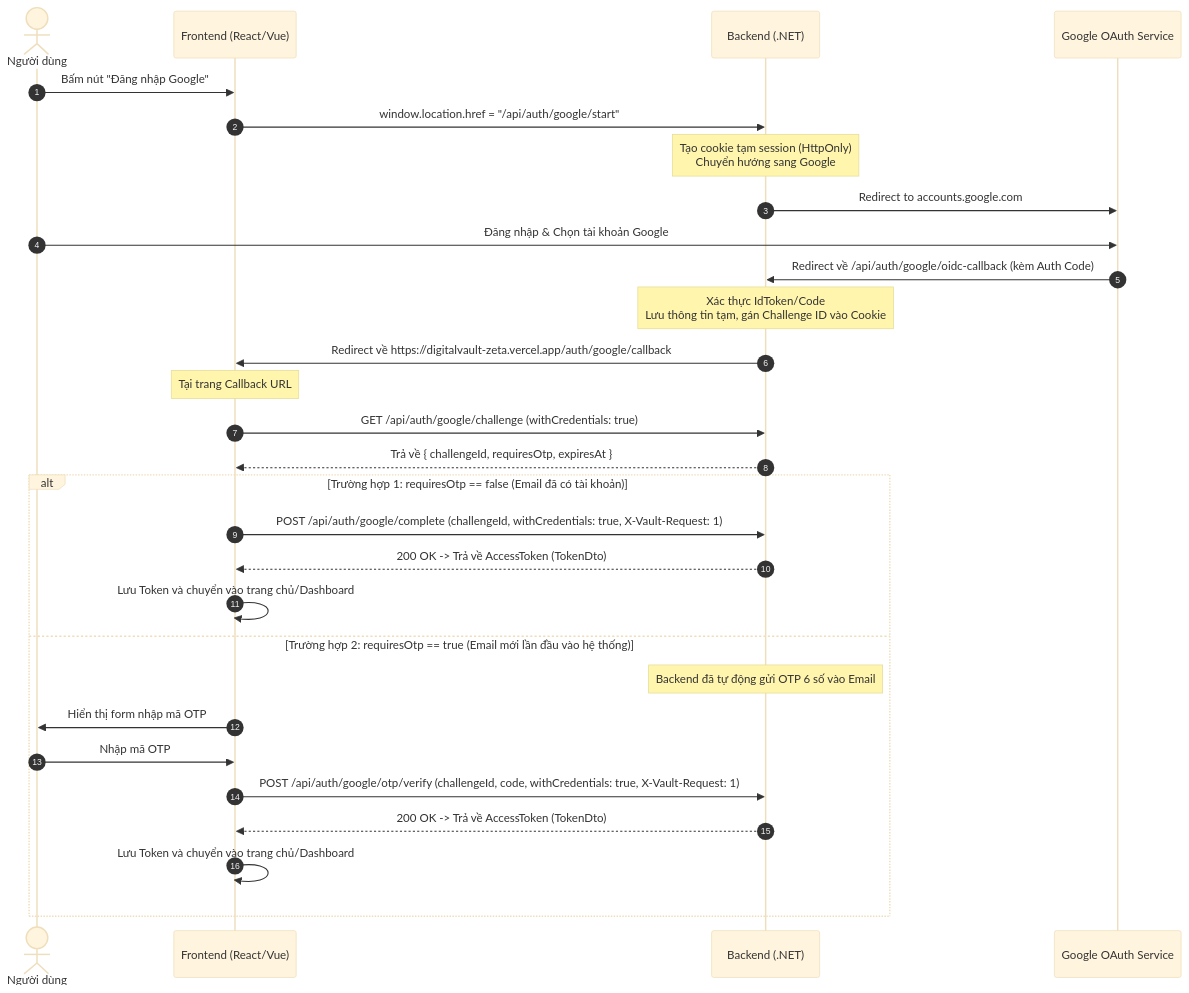
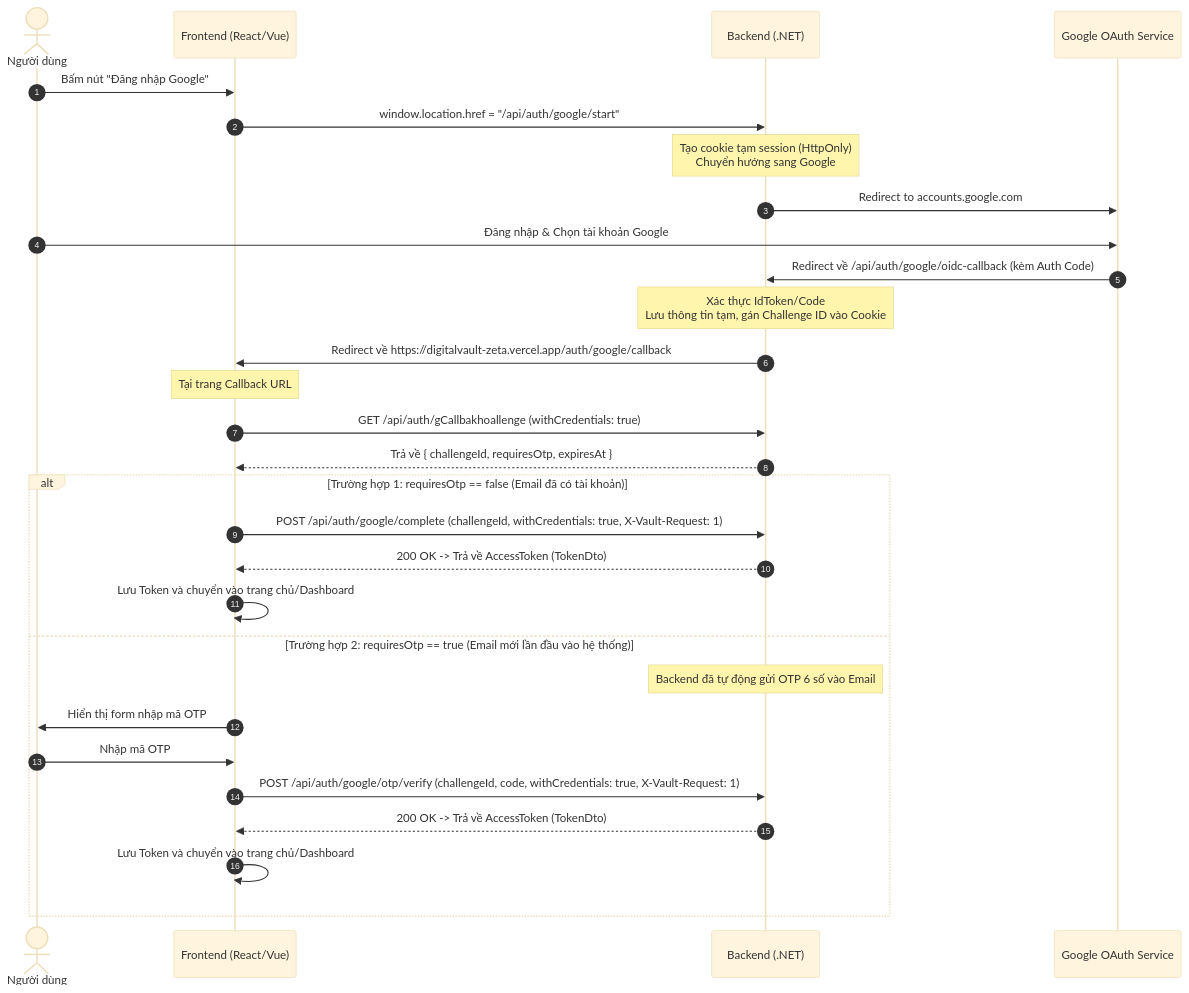
The diagram in docs/Huong-dan-Frontend-Google-Login.md (AnNguyenDinhGit/digital-vault-backend), drawn with Mermaid (base theme) before and after one commit. The commit also changed other lines of this file and 1 other file, not shown here.

Commit message:
chore(google-auth): restore original LegacyVault Google OAuth ClientId

````diff
--- a/docs/Huong-dan-Frontend-Google-Login.md
+++ b/docs/Huong-dan-Frontend-Google-Login.md
@@ -15,34 +15,34 @@
 ```mermaid
 sequenceDiagram
     autonumber
     actor User as Người dùng
     participant FE as Frontend (React/Vue)
     participant BE as Backend (.NET)
     participant Google as Google OAuth Service
 
     User->>FE: Bấm nút "Đăng nhập Google"
     FE->>BE: window.location.href = "/api/auth/google/start"
     Note over BE: Tạo cookie tạm session (HttpOnly)<br/>Chuyển hướng sang Google
     BE->>Google: Redirect to accounts.google.com
     User->>Google: Đăng nhập & Chọn tài khoản Google
     Google->>BE: Redirect về /api/auth/google/oidc-callback (kèm Auth Code)
     Note over BE: Xác thực IdToken/Code<br/>Lưu thông tin tạm, gán Challenge ID vào Cookie
     BE->>FE: Redirect về https://digitalvault-zeta.vercel.app/auth/google/callback
     
     Note over FE: Tại trang Callback URL
-    FE->>BE: GET /api/auth/google/challenge (withCredentials: true)
+    FE->>BE: GET /api/auth/gCallbakhoallenge (withCredentials: true)
     BE-->>FE: Trả về { challengeId, requiresOtp, expiresAt }
     
     alt Trường hợp 1: requiresOtp == false (Email đã có tài khoản)
         FE->>BE: POST /api/auth/google/complete (challengeId, withCredentials: true, X-Vault-Request: 1)
         BE-->>FE: 200 OK -> Trả về AccessToken (TokenDto)
         FE->>FE: Lưu Token và chuyển vào trang chủ/Dashboard
     else Trường hợp 2: requiresOtp == true (Email mới lần đầu vào hệ thống)
         Note over BE: Backend đã tự động gửi OTP 6 số vào Email
         FE->>User: Hiển thị form nhập mã OTP
         User->>FE: Nhập mã OTP
         FE->>BE: POST /api/auth/google/otp/verify (challengeId, code, withCredentials: true, X-Vault-Request: 1)
         BE-->>FE: 200 OK -> Trả về AccessToken (TokenDto)
         FE->>FE: Lưu Token và chuyển vào trang chủ/Dashboard
     end
 ```
````
